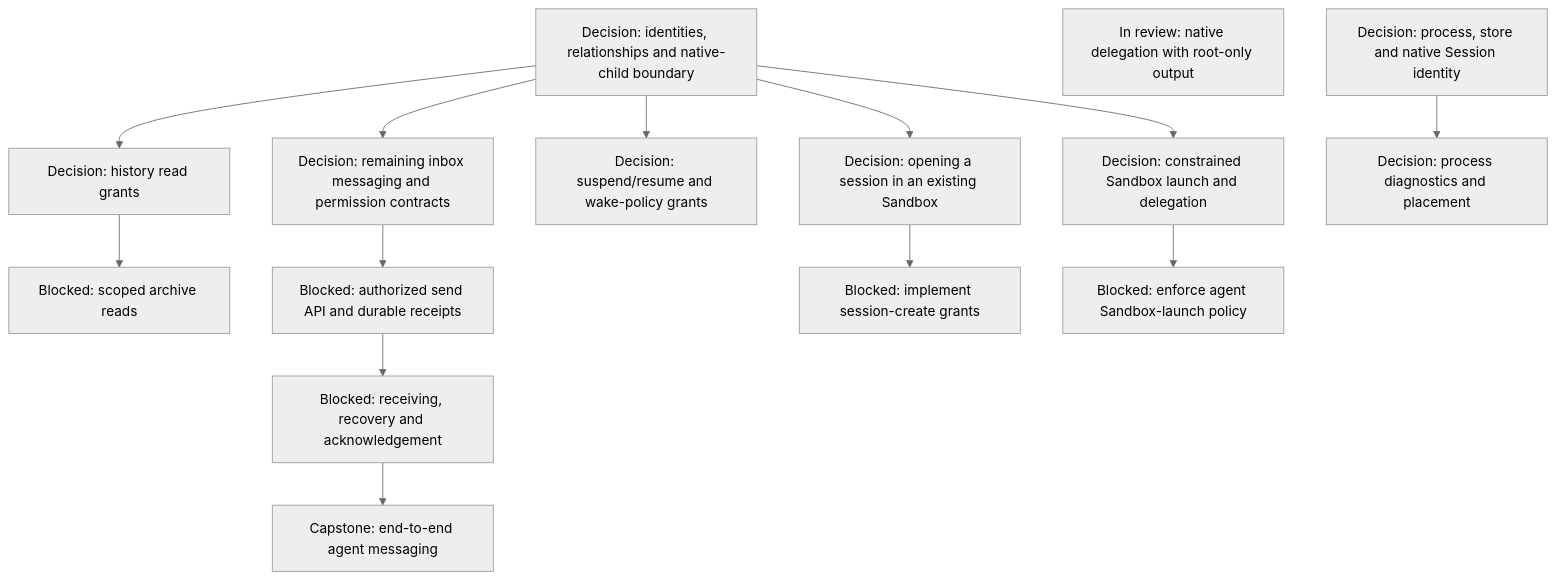
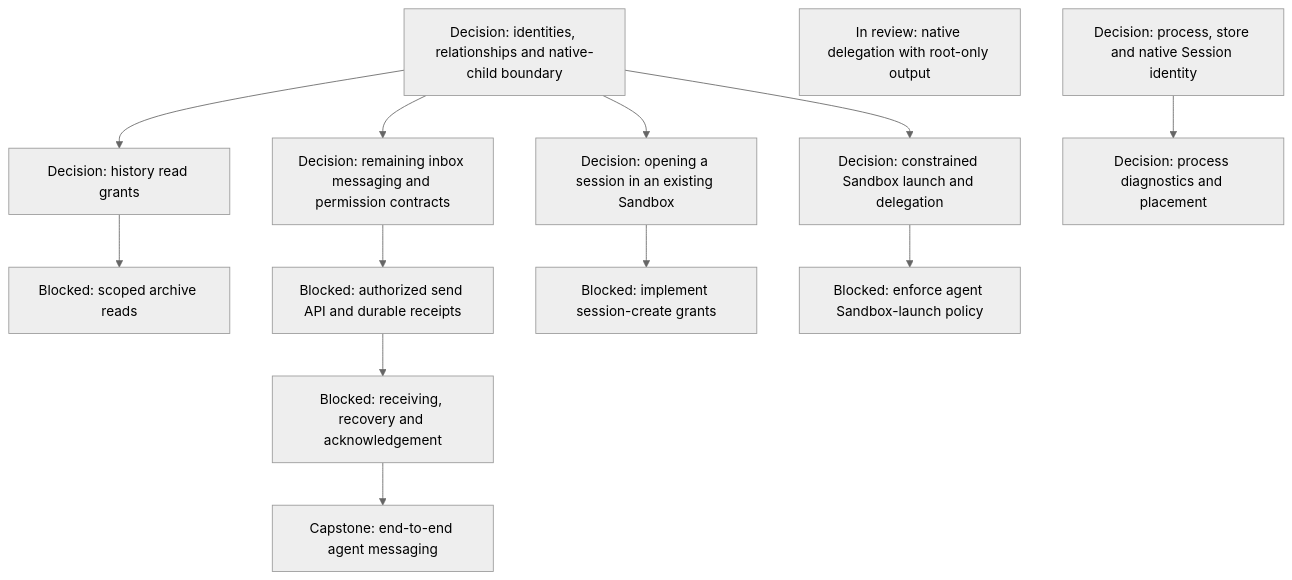
One commit to agentydragon/ducktape changed the fifth of 16 diagrams in agentplane/plans/task_dag.md. Above: the diagram before and after it, drawn with Mermaid (neutral theme). The commit also changed other lines of this file and 3 other files, not shown here.

````diff
--- a/agentplane/plans/task_dag.md
+++ b/agentplane/plans/task_dag.md
@@ -232,30 +232,28 @@
 ```mermaid
 flowchart TD
     MULTIAGENT_MODEL[Decision: identities, relationships and native-child boundary]
     THREAD_READ_POLICY_DESIGN[Decision: history read grants]
     THREAD_READ_POLICY[Blocked: scoped archive reads]
     AGENT_MESSAGING_DESIGN[Decision: remaining inbox messaging and permission contracts]
     AGENT_MESSAGE_INGRESS[Blocked: authorized send API and durable receipts]
     AGENT_MESSAGE_RECEPTION[Blocked: receiving, recovery and acknowledgement]
     AGENT_MESSAGING[Capstone: end-to-end agent messaging]
-    SANDBOX_LIFECYCLE_AUTHORIZATION_DESIGN[Decision: suspend/resume and wake-policy grants]
     THREAD_CREATE_POLICY[Decision: opening a session in an existing Sandbox]
     THREAD_CREATE_AUTHORIZATION[Blocked: implement session-create grants]
     AGENT_LAUNCH_POLICY_DESIGN[Decision: constrained Sandbox launch and delegation]
     AGENT_SANDBOX_LAUNCH[Blocked: enforce agent Sandbox-launch policy]
     MULTIAGENT_MODEL --> THREAD_READ_POLICY_DESIGN
     MULTIAGENT_MODEL --> AGENT_MESSAGING_DESIGN
-    MULTIAGENT_MODEL --> SANDBOX_LIFECYCLE_AUTHORIZATION_DESIGN
     MULTIAGENT_MODEL --> THREAD_CREATE_POLICY
     MULTIAGENT_MODEL --> AGENT_LAUNCH_POLICY_DESIGN
     THREAD_READ_POLICY_DESIGN --> THREAD_READ_POLICY
     AGENT_MESSAGING_DESIGN --> AGENT_MESSAGE_INGRESS
     AGENT_MESSAGE_INGRESS --> AGENT_MESSAGE_RECEPTION
     AGENT_MESSAGE_RECEPTION --> AGENT_MESSAGING
     THREAD_CREATE_POLICY --> THREAD_CREATE_AUTHORIZATION
     AGENT_LAUNCH_POLICY_DESIGN --> AGENT_SANDBOX_LAUNCH
     NATIVE_SUBAGENT_ENABLE[In review: native delegation with root-only output]
     RUNNER_HARNESS_OBJECTS_DESIGN[Decision: process diagnostics and placement]
     HARNESS_IDENTITY_DESIGN[Decision: process, store and native Session identity]
     HARNESS_IDENTITY_DESIGN --> RUNNER_HARNESS_OBJECTS_DESIGN
 ```
````
